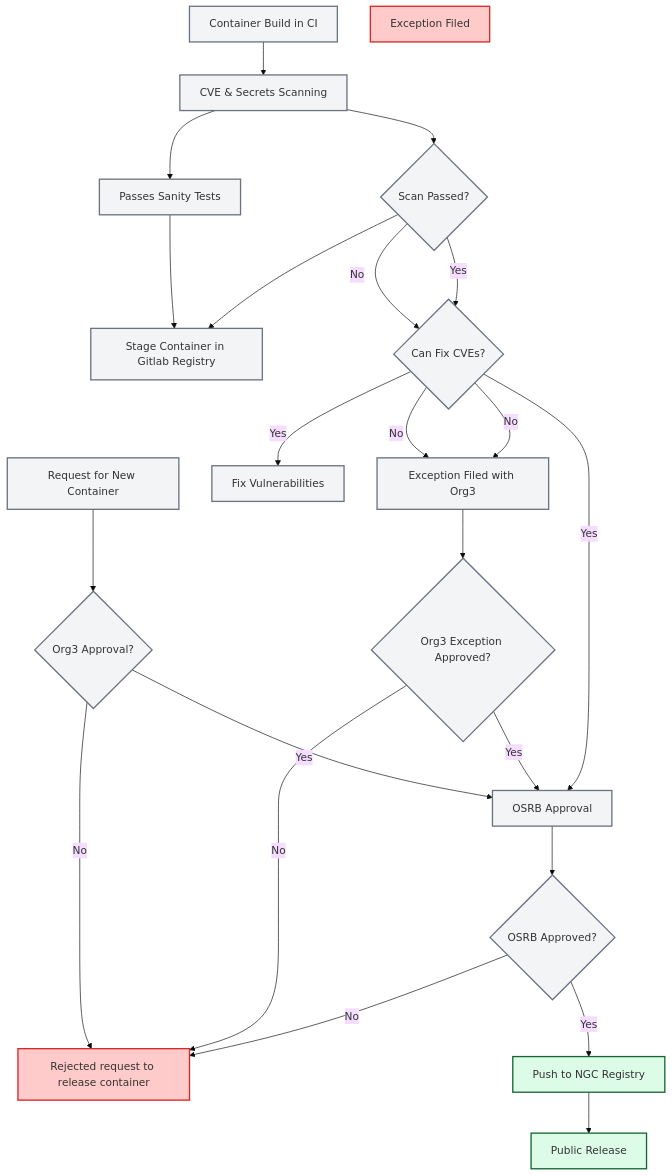
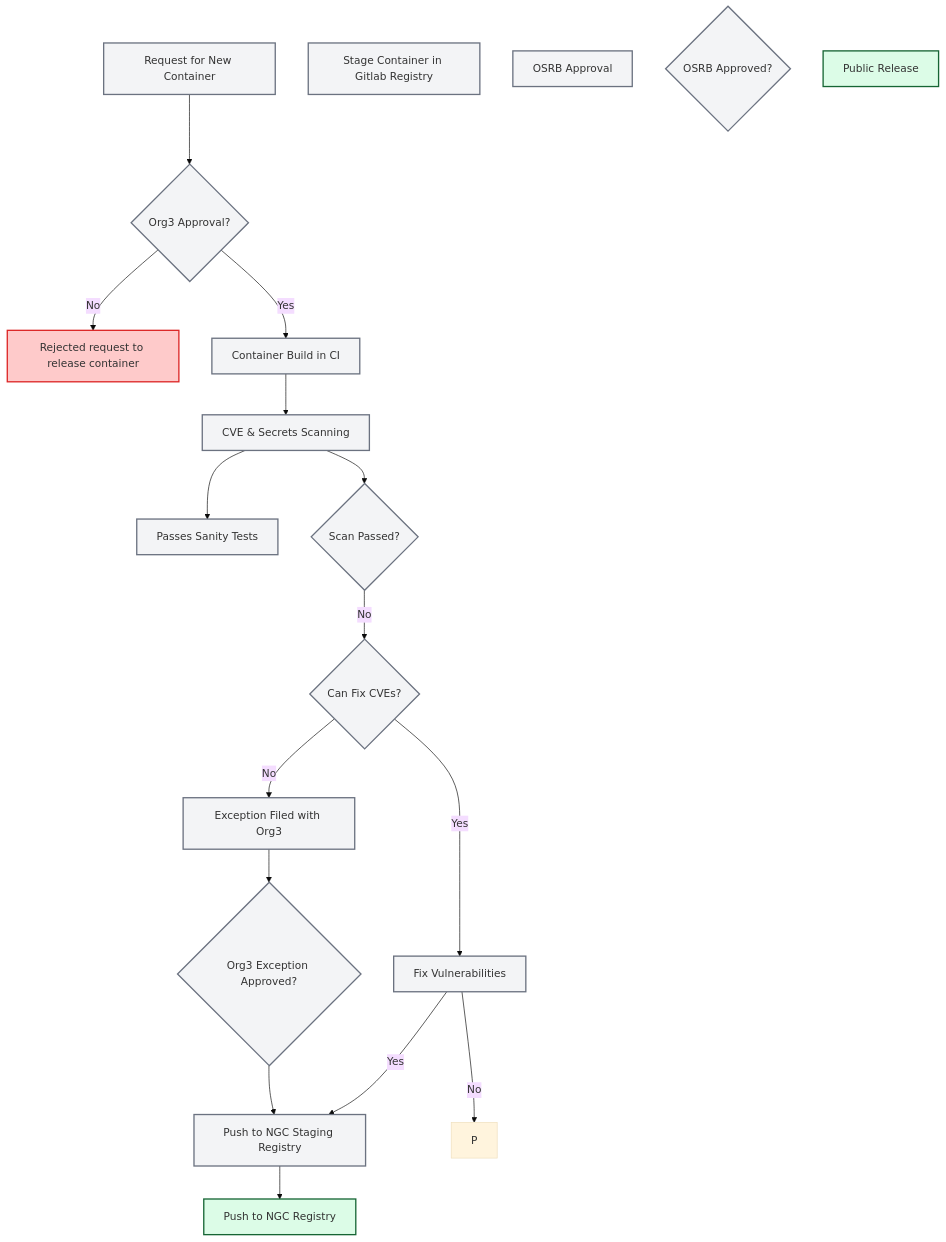
Before and after one commit to ai-dynamo/enhancements: the second of 2 diagrams in deps/NNNN-container-strategy.md, drawn with Mermaid (base theme).

Commit message:
nit: fix mermaid diagram

````diff
--- a/deps/NNNN-container-strategy.md
+++ b/deps/NNNN-container-strategy.md
@@ -184,48 +184,42 @@
 ```mermaid
 flowchart TD
     A[Request for New Container]:::grey
     B{Org3 Approval?}:::grey
     C[Rejected request to release container]:::red
     D[Container Build in CI]:::grey
     E[CVE & Secrets Scanning]:::grey
     F[Passes Sanity Tests]:::grey
     G[Stage Container in Gitlab Registry]:::grey
     H{Scan Passed?}:::grey
-    I[Fix Vulnerabilities]:::grey
-    J{Can Fix CVEs?}:::grey
+    I{Can Fix CVEs?}:::grey
+    J[Fix Vulnerabilities]:::grey
     K[Exception Filed with Org3]:::grey
     L{Org3 Exception Approved?}:::grey
     N[OSRB Approval]:::grey
     O{OSRB Approved?}:::grey
-    P[Exception Filed]:::red
-    Q[Push to NGC Registry]:::green
-    R[Public Release]:::green
+    Q[Push to NGC Staging Registry]:::grey
+    R[Push to NGC Registry]:::green
+    S[Public Release]:::green
 
     %% Main flow
     A --> B
     B -->|No| C
-    B -->|Yes| N
+    B -->|Yes| D
     D --> E
     E --> F
-    F --> G
     E --> H
-    H -->|No| J
-    J -->|No| K
-    J -->|Yes| I
-    H --> G
-    H -->|Yes| J
-    J -->|No| K
+    H -->|No| I
+    I -->|No| K
+    I -->|Yes| J
+    J -->|No| P
+    J -->|Yes| Q
     K --> L
-    L -->|No| C
-    L -->|Yes| N
-    J -->|Yes| N
-    N --> O
-    O -->|No| C
-    O -->|Yes| Q
+    L --> Q
     Q --> R
+
 
     %% Styling
     classDef grey fill:#f3f4f6,stroke:#6b7280,stroke-width:2px;
     classDef green fill:#dcfce7,stroke:#166534,stroke-width:2px;
     classDef red fill:#fecaca,stroke:#dc2626,stroke-width:2px;
 ```
````
